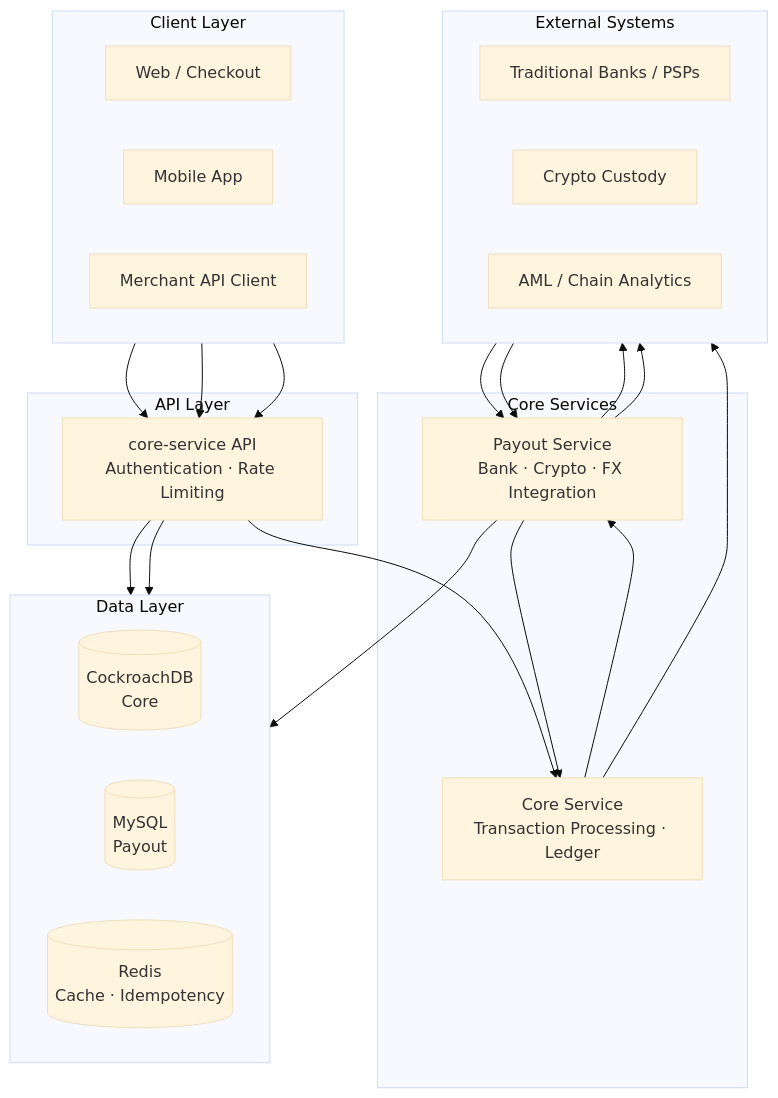
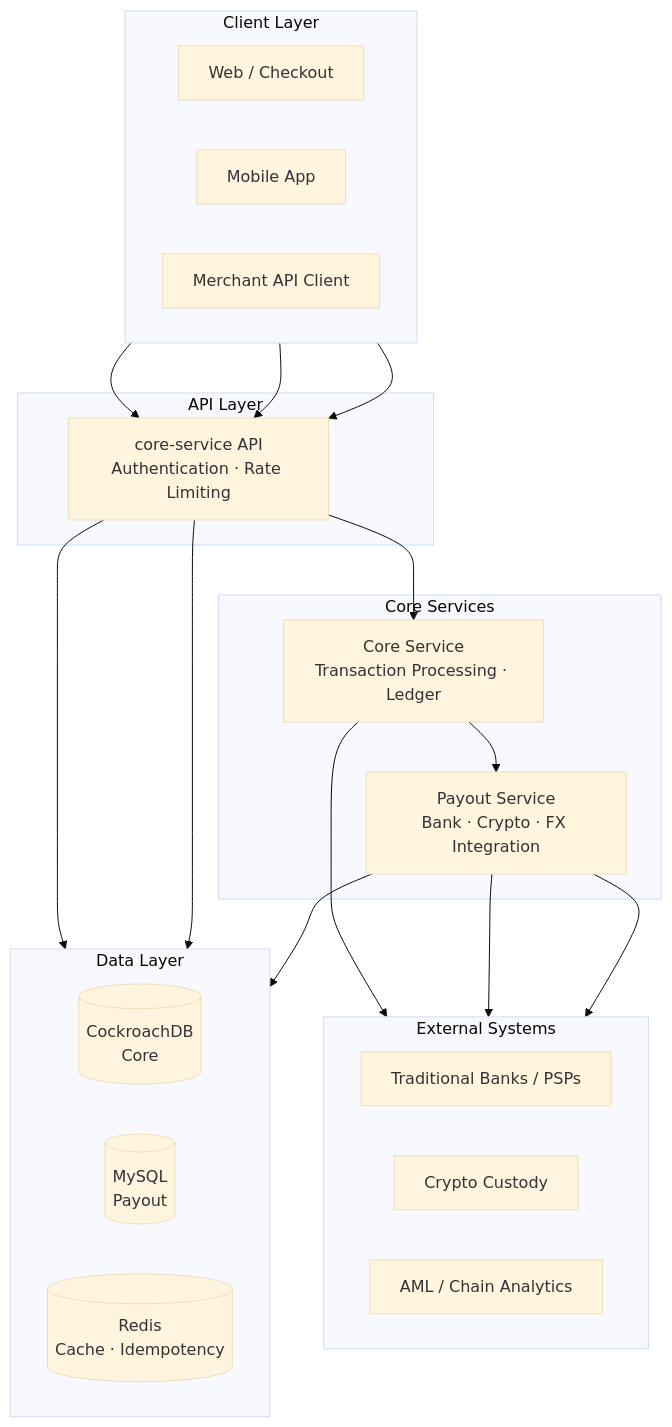
Before and after one commit to Aibier/Aibier: the first of 2 diagrams in README.md, drawn with Mermaid (base theme). The commit also changed other lines of this file, not shown here.

````diff
--- a/README.md
+++ b/README.md
@@ -117,47 +117,44 @@
 ```mermaid
 flowchart TB
   subgraph CL["Client Layer"]
     direction LR
     WEB["Web / Checkout"]
     MOB["Mobile App"]
     API_C["Merchant API Client"]
   end
 
   subgraph AL["API Layer"]
     GW["core-service API<br/>Authentication · Rate Limiting"]
   end
 
   subgraph CS["Core Services"]
     CORE["Core Service<br/>Transaction Processing · Ledger"]
     PAY["Payout Service<br/>Bank · Crypto · FX Integration"]
   end
 
   subgraph EXT["External Systems"]
     direction LR
     BANK["Traditional Banks / PSPs"]
     CRY["Crypto Custody"]
     AMLV["AML / Chain Analytics"]
   end
 
   subgraph DL["Data Layer"]
     direction LR
     CRDB[("CockroachDB<br/>Core")]
     MY[("MySQL<br/>Payout")]
     RD[("Redis<br/>Cache · Idempotency")]
   end
 
   WEB --> GW
   MOB --> GW
   API_C --> GW
   GW --> CORE
   CORE --> PAY
-  PAY --> CORE
   CORE --> AMLV
   PAY --> BANK
   PAY --> CRY
-  CRY --> PAY
-  BANK --> PAY
   GW --> CRDB
   GW --> RD
   PAY --> MY
 ```
````
